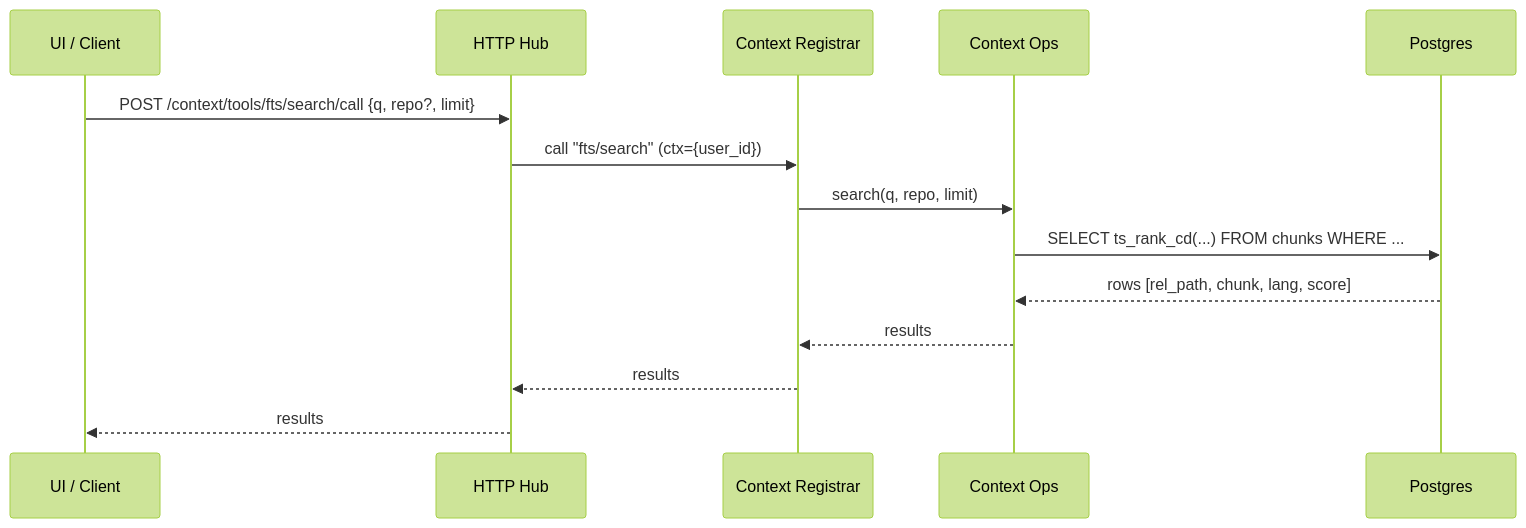
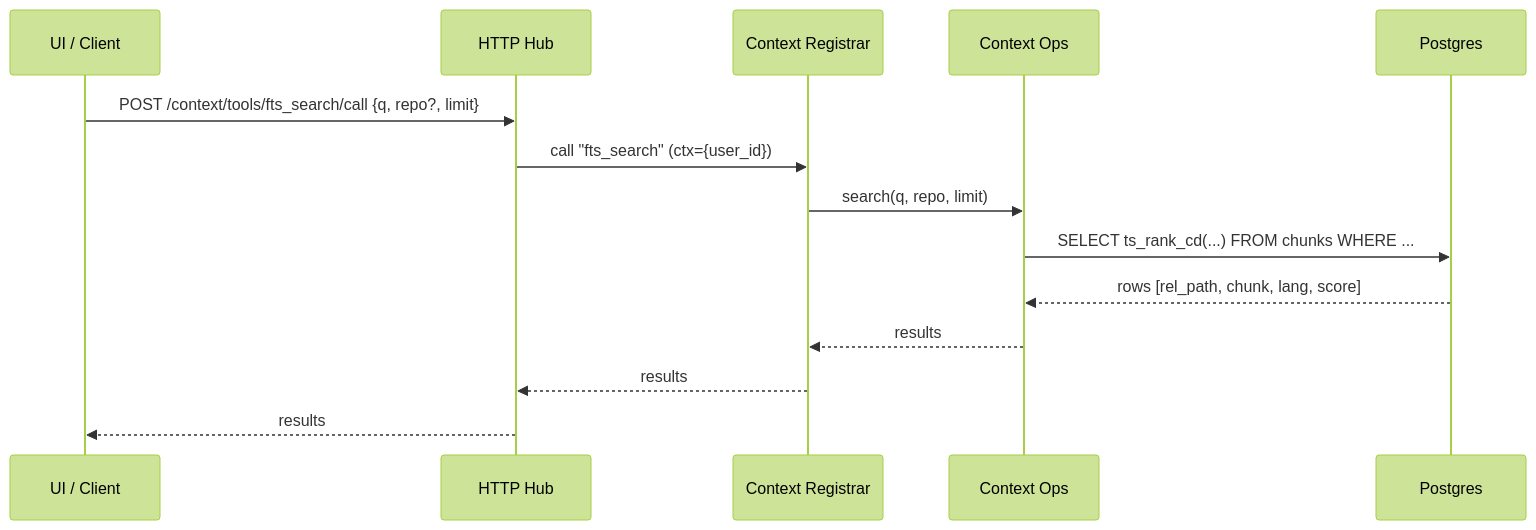
Before and after one commit to ashabbir/savant: the first of 2 diagrams in memory_bank/engine_context.md, drawn with Mermaid (forest theme). The commit also changed other lines of this file and 26 other files, not shown here.

````diff
--- a/memory_bank/engine_context.md
+++ b/memory_bank/engine_context.md
@@ -9,17 +9,17 @@
 ```mermaid
 sequenceDiagram
   participant UI as UI / Client
   participant Hub as HTTP Hub
   participant Ctx as Context Registrar
   participant Ops as Context Ops
   participant DB as Postgres
 
-  UI->>Hub: POST /context/tools/fts/search/call {q, repo?, limit}
-  Hub->>Ctx: call "fts/search" (ctx={user_id})
+  UI->>Hub: POST /context/tools/fts_search/call {q, repo?, limit}
+  Hub->>Ctx: call "fts_search" (ctx={user_id})
   Ctx->>Ops: search(q, repo, limit)
   Ops->>DB: SELECT ts_rank_cd(...) FROM chunks WHERE ...
   DB-->>Ops: rows [rel_path, chunk, lang, score]
   Ops-->>Ctx: results
   Ctx-->>Hub: results
   Hub-->>UI: results
 ```
````
